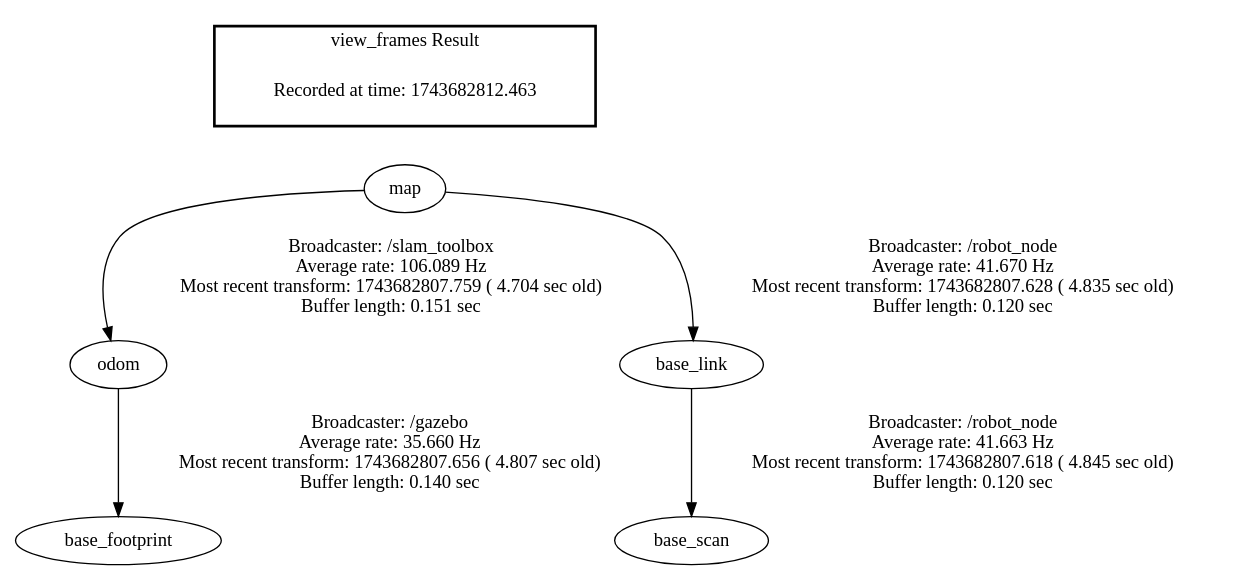
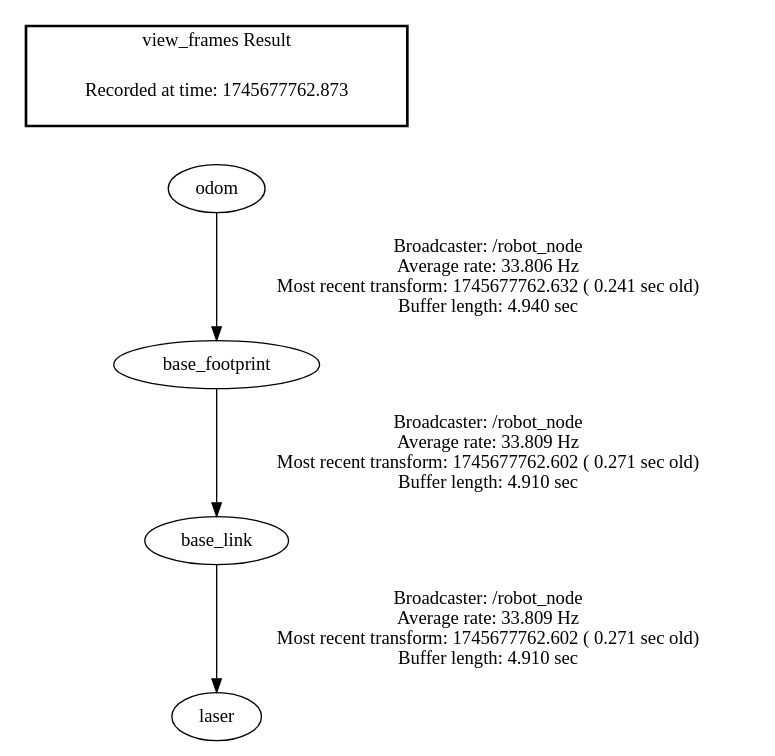
Before and after one commit to hernanda16/Omni_Project: the diagram in frames.gv, drawn with Graphviz. The commit also changed 19 other files, not shown here.

```diff
--- a/frames.gv
+++ b/frames.gv
@@ -1,10 +1,9 @@
 digraph G {
-"map" -> "odom"[label="Broadcaster: /slam_toolbox\nAverage rate: 106.089 Hz\nMost recent transform: 1743682807.759 ( 4.704 sec old)\nBuffer length: 0.151 sec\n"];
-"map" -> "base_link"[label="Broadcaster: /robot_node\nAverage rate: 41.670 Hz\nMost recent transform: 1743682807.628 ( 4.835 sec old)\nBuffer length: 0.120 sec\n"];
-"base_link" -> "base_scan"[label="Broadcaster: /robot_node\nAverage rate: 41.663 Hz\nMost recent transform: 1743682807.618 ( 4.845 sec old)\nBuffer length: 0.120 sec\n"];
-"odom" -> "base_footprint"[label="Broadcaster: /gazebo\nAverage rate: 35.660 Hz\nMost recent transform: 1743682807.656 ( 4.807 sec old)\nBuffer length: 0.140 sec\n"];
+"odom" -> "base_footprint"[label="Broadcaster: /robot_node\nAverage rate: 33.806 Hz\nMost recent transform: 1745677762.632 ( 0.241 sec old)\nBuffer length: 4.940 sec\n"];
+"base_footprint" -> "base_link"[label="Broadcaster: /robot_node\nAverage rate: 33.809 Hz\nMost recent transform: 1745677762.602 ( 0.271 sec old)\nBuffer length: 4.910 sec\n"];
+"base_link" -> "laser"[label="Broadcaster: /robot_node\nAverage rate: 33.809 Hz\nMost recent transform: 1745677762.602 ( 0.271 sec old)\nBuffer length: 4.910 sec\n"];
 edge [style=invis];
  subgraph cluster_legend { style=bold; color=black; label ="view_frames Result";
-"Recorded at time: 1743682812.463"[ shape=plaintext ] ;
- }->"map";
+"Recorded at time: 1745677762.873"[ shape=plaintext ] ;
+ }->"odom";
 }
```
